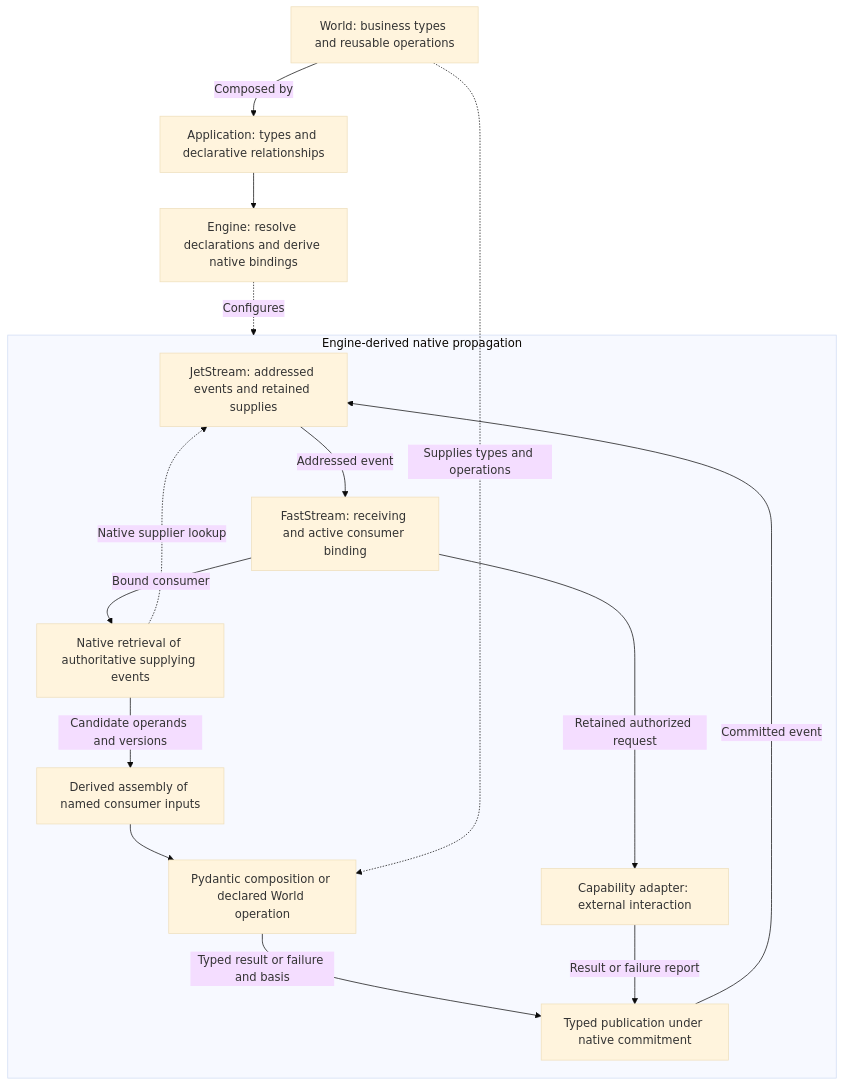
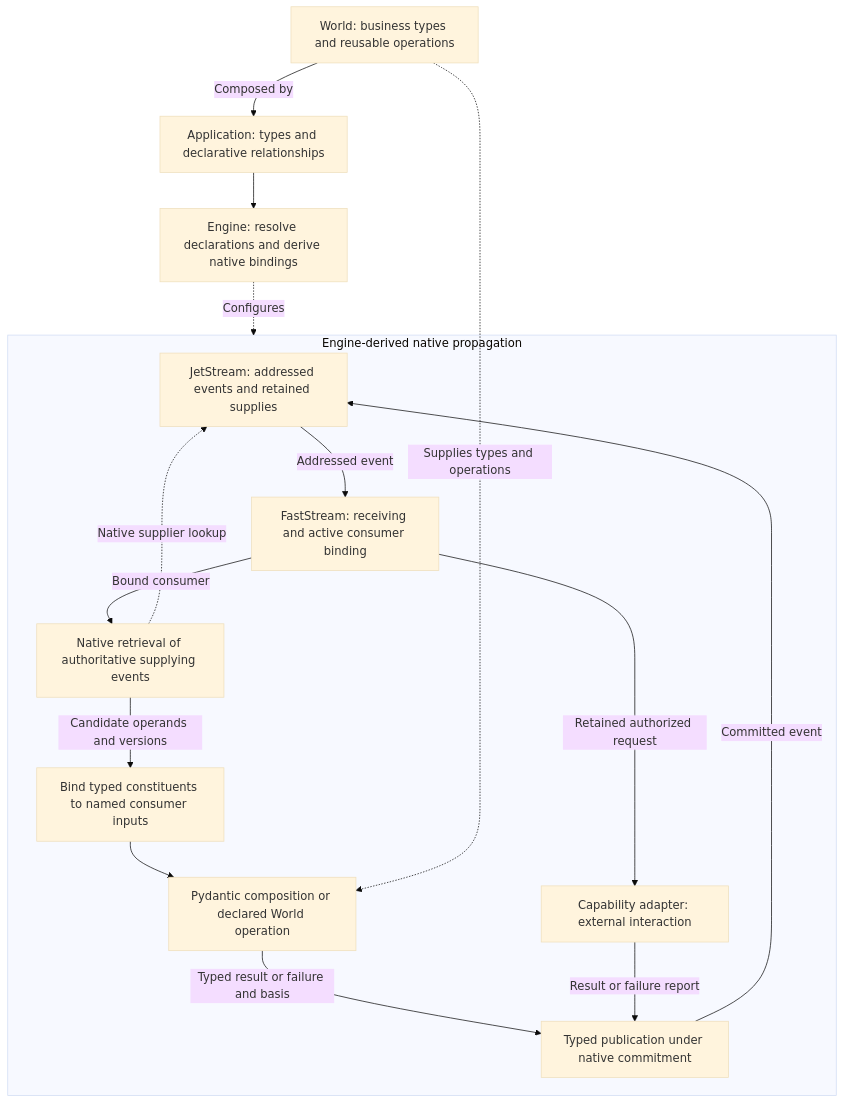
One commit to kylejtobin/tca changed the diagram in docs/architecture/DESIGN.md. Above: the diagram before and after it, drawn with Mermaid (base theme). The commit also changed other lines of this file, not shown here.

First line of the commit message:
docs(architecture): Specify immutable models and native derivations

````diff
--- a/docs/architecture/DESIGN.md
+++ b/docs/architecture/DESIGN.md
@@ -18,31 +18,31 @@
 ```mermaid
 flowchart TB
     WORLD["World: business types and reusable operations"]
     MODEL["Application: types and declarative relationships"]
     BIND["Engine: resolve declarations and derive native bindings"]
     WORLD -->|"Composed by"| MODEL
     MODEL --> BIND
 
     subgraph EXECUTION["Engine-derived native propagation"]
         NATS["JetStream: addressed events and retained supplies"]
         RECEIVE["FastStream: receiving and active consumer binding"]
         READ["Native retrieval of authoritative supplying events"]
-        ASSEMBLE["Derived assembly of named consumer inputs"]
+        ASSEMBLE["Bind typed constituents to named consumer inputs"]
         BUILD["Pydantic composition or declared World operation"]
         PUBLISH["Typed publication under native commitment"]
         CAP["Capability adapter: external interaction"]
 
         NATS -->|"Addressed event"| RECEIVE
         RECEIVE -->|"Bound consumer"| READ
         READ -->|"Candidate operands and versions"| ASSEMBLE
         ASSEMBLE --> BUILD
         BUILD -->|"Typed result or failure and basis"| PUBLISH
         PUBLISH -->|"Committed event"| NATS
         READ -.->|"Native supplier lookup"| NATS
         RECEIVE -->|"Retained authorized request"| CAP
         CAP -->|"Result or failure report"| PUBLISH
     end
 
     WORLD -.->|"Supplies types and operations"| BUILD
     BIND -.->|"Configures"| EXECUTION
 ```
````
